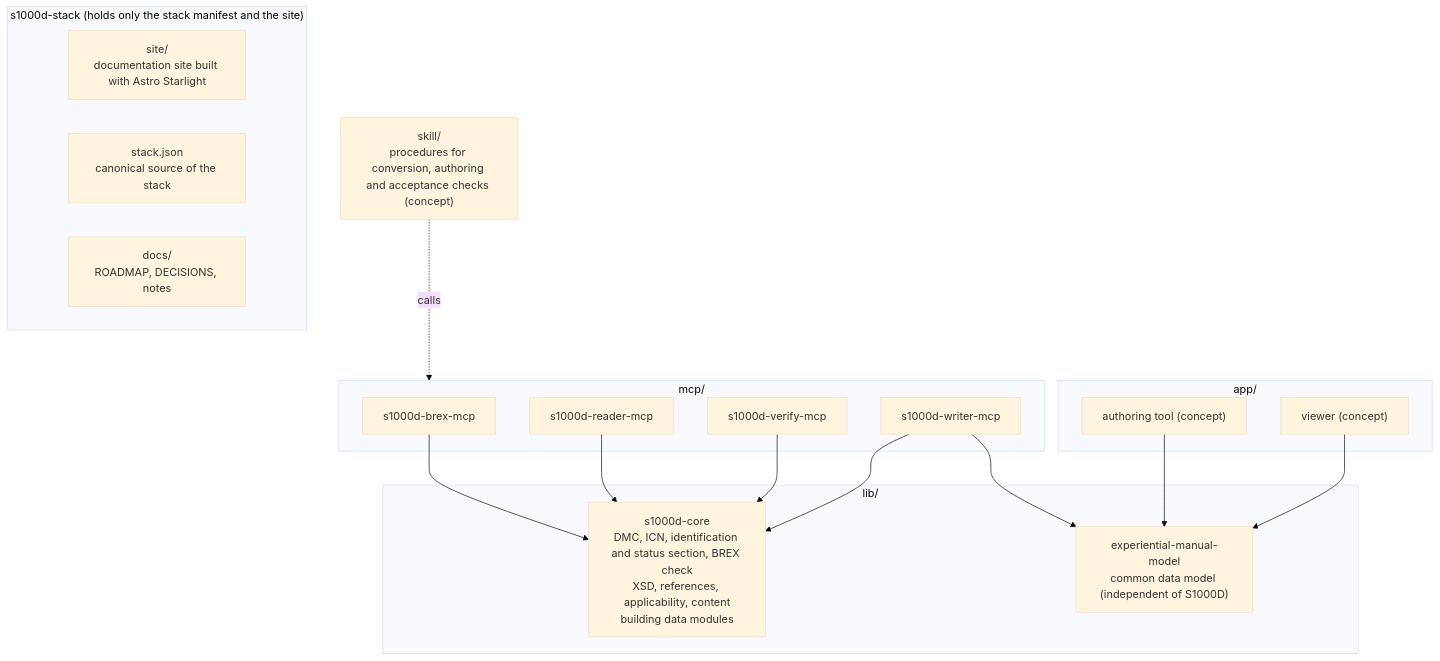
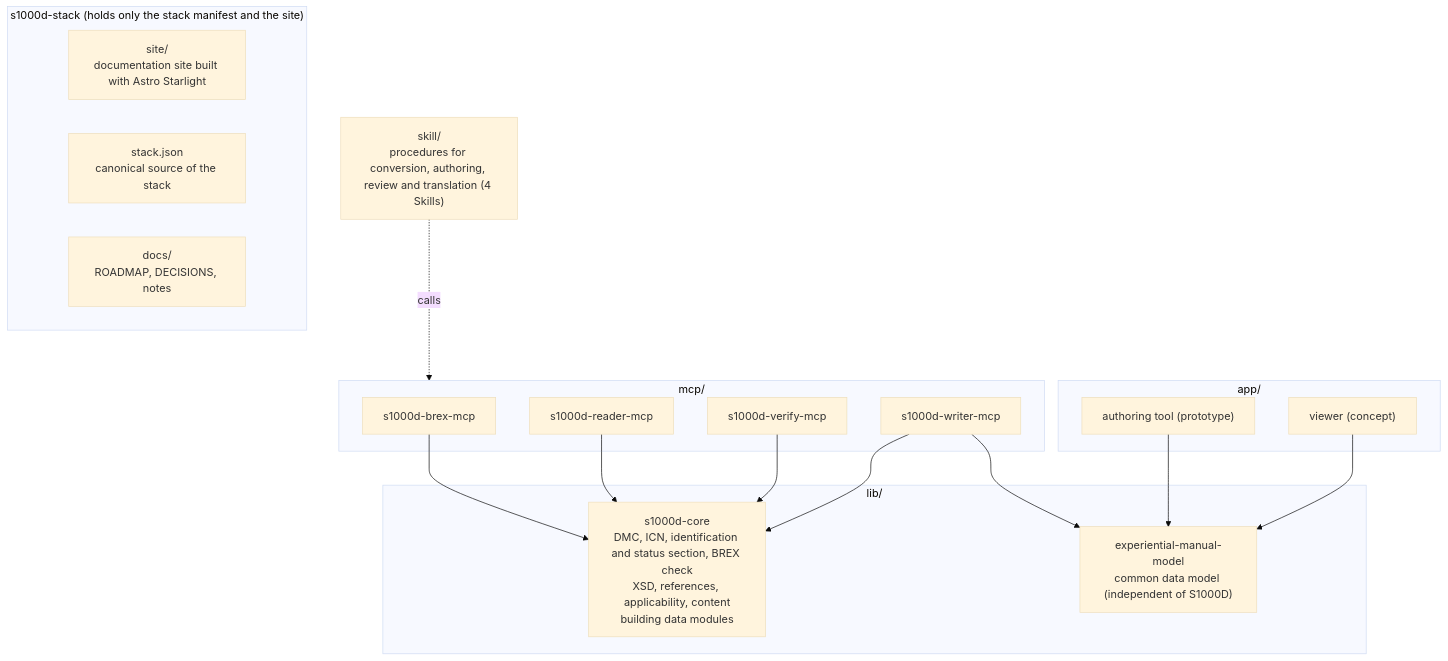
One commit to shuji-bonji/s1000d-stack changed the diagram in README.md. Above: the diagram before and after it, drawn with Mermaid (base theme). The commit also changed other lines of this file and 22 other files, not shown here.

````diff
--- a/README.md
+++ b/README.md
@@ -32,31 +39,31 @@
 ```mermaid
 flowchart TB
   subgraph Hub["s1000d-stack (holds only the stack manifest and the site)"]
     SITE["site/<br/>documentation site built with Astro Starlight"]
     STACK["stack.json<br/>canonical source of the stack"]
     DOCS["docs/<br/>ROADMAP, DECISIONS, notes"]
   end
   subgraph Lib["lib/"]
     CORE["s1000d-core<br/>DMC, ICN, identification and status section, BREX check<br/>XSD, references, applicability, content<br/>building data modules"]
     MODEL["experiential-manual-model<br/>common data model (independent of S1000D)"]
   end
   subgraph Mcp["mcp/"]
     BREX["s1000d-brex-mcp"]
     R["s1000d-reader-mcp"]
     V["s1000d-verify-mcp"]
     W["s1000d-writer-mcp"]
   end
   subgraph App["app/"]
-    ED["authoring tool (concept)"]
+    ED["authoring tool (prototype)"]
     VW["viewer (concept)"]
   end
-  SK["skill/<br/>procedures for conversion, authoring and acceptance checks (concept)"]
+  SK["skill/<br/>procedures for conversion, authoring, review and translation (4 Skills)"]
   BREX --> CORE
   R --> CORE
   V --> CORE
   W --> CORE
   W --> MODEL
   ED --> MODEL
   VW --> MODEL
   SK -.calls.-> Mcp
 ```
````
